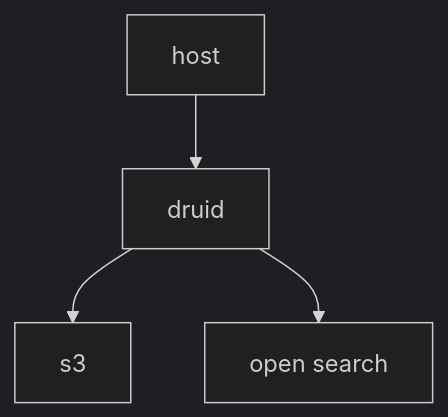
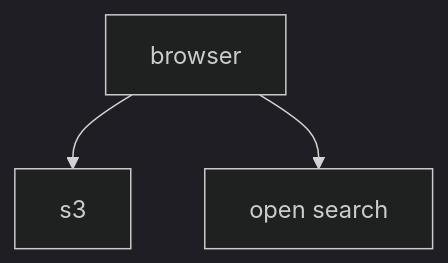
The second of 2 diagrams in README.md (rollthecloudinc/quell), drawn with Mermaid (dark theme) before and after one commit. The commit also changed other lines of this file, not shown here.

````diff
--- a/README.md
+++ b/README.md
@@ -27,6 +38,5 @@
 ```mermaid
 flowchart TD
- druid[druid] --> s3[s3];
+ druid[browser] --> s3[s3];
  druid --> os[open search];
- host[host] --> druid;
 ```
````
